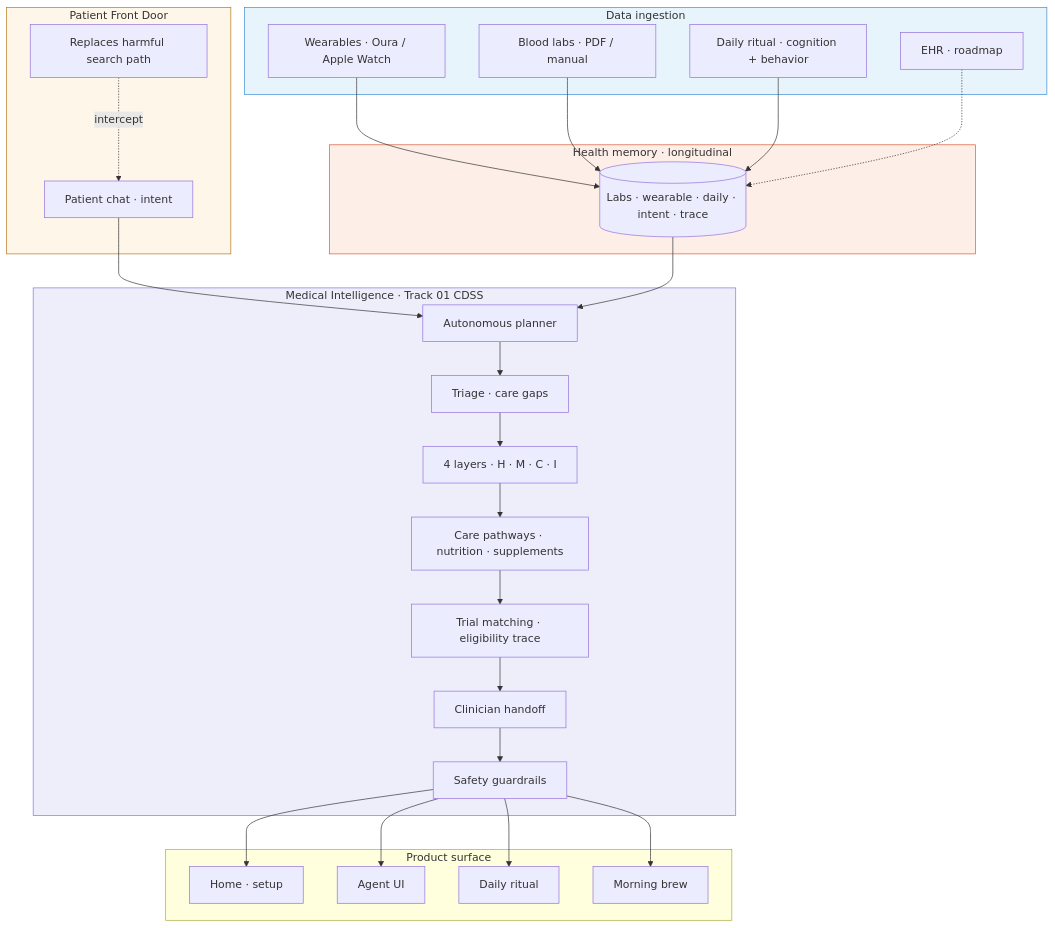
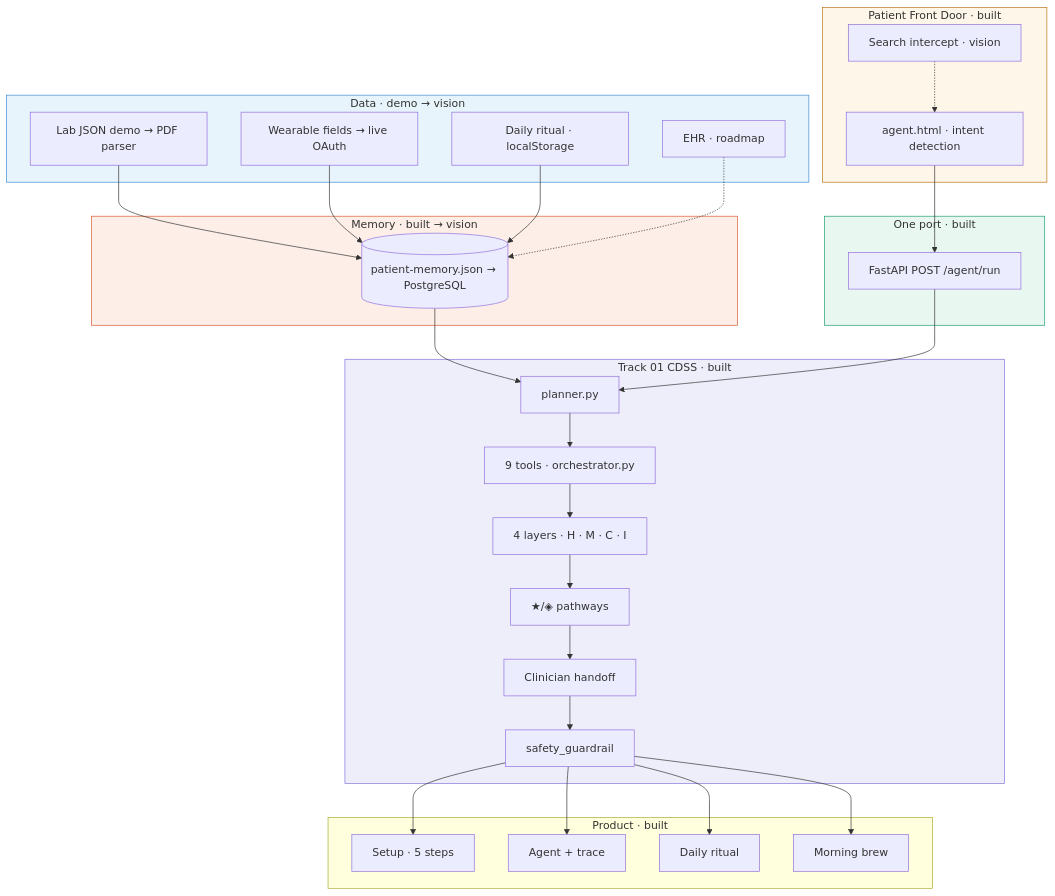
One commit to AlbinaKrasykova/Hsence- changed the first of 2 diagrams in docs/PITCH_DECK.md. Above: the diagram before and after it, drawn with Mermaid. The commit also changed other lines of this file and 13 other files, not shown here.

First line of the commit message:
Add architecture PNG diagram and align docs with built vs vision stack.

````diff
--- a/docs/PITCH_DECK.md
+++ b/docs/PITCH_DECK.md
@@ -94,48 +96,52 @@
 ```mermaid
 flowchart TB
-  subgraph PFD["Patient Front Door"]
-    CHAT[Patient chat · intent]
-    SEARCH[Replaces harmful search path]
+  subgraph PFD["Patient Front Door · built"]
+    CHAT[agent.html · intent detection]
+    SEARCH[Search intercept · vision]
   end
 
-  subgraph INGEST["Data ingestion"]
-    OURA[Wearables · Oura / Apple Watch]
-    PDF[Blood labs · PDF / manual]
-    LOG[Daily ritual · cognition + behavior]
+  subgraph INGEST["Data · demo → vision"]
+    LABS[Lab JSON demo → PDF parser]
+    WEAR[Wearable fields → live OAuth]
+    LOG[Daily ritual · localStorage]
     EHR[EHR · roadmap]
   end
 
-  subgraph MEMORY["Health memory · longitudinal"]
-    STORE[(Labs · wearable · daily · intent · trace)]
+  subgraph RUNTIME["One port · built"]
+    API[FastAPI POST /agent/run]
   end
 
-  subgraph CDSS["Medical Intelligence · Track 01 CDSS"]
-    PLAN[Autonomous planner]
-    TRIAGE[Triage · care gaps]
-    LAYERS[4 layers · H · M · C · I]
-    PATH[Care pathways · nutrition · supplements]
-    TRIAL[Trial matching · eligibility trace]
-    HANDOFF[Clinician handoff]
-    GUARD[Safety guardrails]
+  subgraph MEMORY["Memory · built → vision"]
+    STORE[(patient-memory.json → PostgreSQL)]
   end
 
-  subgraph UI["Product surface"]
-    HOME[Home · setup]
-    AGENT[Agent UI]
+  subgraph CDSS["Track 01 CDSS · built"]
+    PLAN[planner.py]
+    TOOLS[9 tools · orchestrator.py]
+    LAYERS[4 layers · H · M · C · I]
+    PATH[★/◈ pathways]
+    HANDOFF[Clinician handoff]
+    GUARD[safety_guardrail]
+  end
+
+  subgraph UI["Product · built"]
+    HOME[Setup · 5 steps]
+    AGENT[Agent + trace]
     DAILY[Daily ritual]
     BREW[Morning brew]
   end
 
-  CHAT --> PLAN
-  OURA & PDF & LOG --> STORE
+  CHAT --> API
+  LABS & WEAR & LOG --> STORE
   EHR -.-> STORE
   STORE --> PLAN
-  PLAN --> TRIAGE --> LAYERS --> PATH --> TRIAL --> HANDOFF --> GUARD
+  API --> PLAN --> TOOLS --> LAYERS --> PATH --> HANDOFF --> GUARD
   GUARD --> HOME & AGENT & DAILY & BREW
-  SEARCH -.->|intercept| CHAT
+  SEARCH -.-> CHAT
 
   style PFD fill:#fef6e8,stroke:#BA7517
   style CDSS fill:#eeeefb,stroke:#7F77DD
   style INGEST fill:#e8f4fc,stroke:#3B8BD4
   style MEMORY fill:#fdeee8,stroke:#D85A30
+  style RUNTIME fill:#e8f8f0,stroke:#1D9E75
 ```
````
